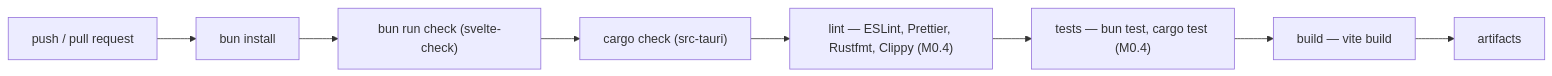
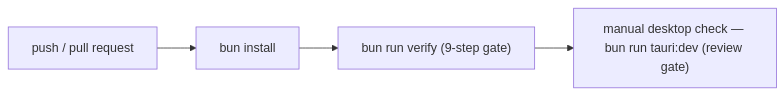
One commit to moughamir/dex changed the diagram in docs/40-engineering/CI.md. Above: the diagram before and after it, drawn with Mermaid. The commit also changed other lines of this file and 124 other files, not shown here.

First line of the commit message:
feat(tooling): ship nine-gate verify and CI for M0.4

````diff
--- a/docs/40-engineering/CI.md
+++ b/docs/40-engineering/CI.md
@@ -42,10 +46,6 @@
 ```mermaid
 flowchart LR
     A["push / pull request"] --> B["bun install"]
-    B --> C["bun run check (svelte-check)"]
-    C --> D["cargo check (src-tauri)"]
-    D --> E["lint — ESLint, Prettier, Rustfmt, Clippy (M0.4)"]
-    E --> F["tests — bun test, cargo test (M0.4)"]
-    F --> G["build — vite build"]
-    G --> H["artifacts"]
+    B --> C["bun run verify (9-step gate)"]
+    C --> D["manual desktop check — bun run tauri:dev (review gate)"]
 ```
````
